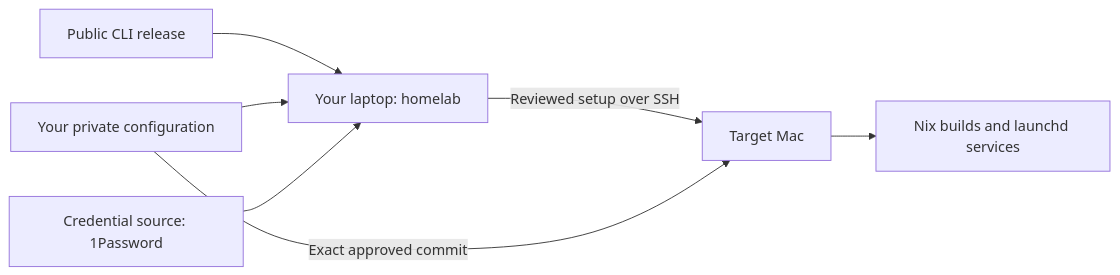
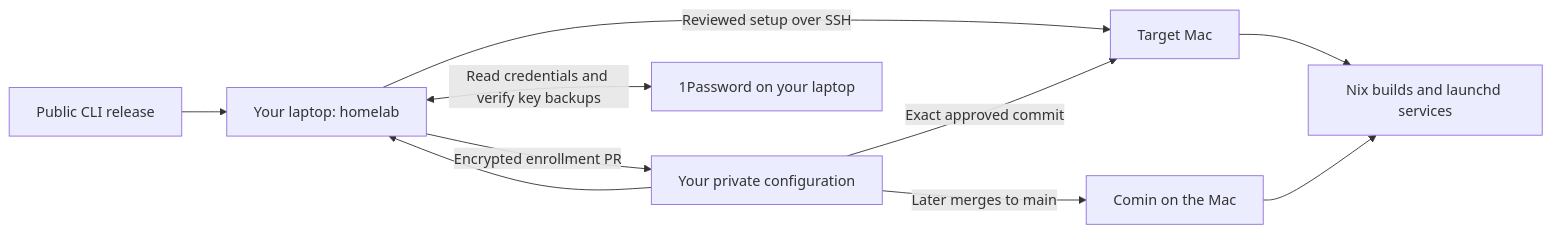
The diagram in README.md (0x63616c/world-wide-webb), drawn with Mermaid before and after one commit. The commit also changed other lines of this file, not shown here.

Commit message:
Explain enrollment approval and Git handover in the quick start

````diff
--- a/README.md
+++ b/README.md
@@ -30,9 +35,12 @@
 ```mermaid
 flowchart LR
   Release[Public CLI release] --> Client[Your laptop: homelab]
   Repo[Your private configuration] --> Client
-  Vault[Credential source: 1Password] --> Client
+  Client <-->|Read credentials and verify key backups| Vault[1Password on your laptop]
+  Client -->|Encrypted enrollment PR| Repo
   Client -->|Reviewed setup over SSH| Mac[Target Mac]
   Repo -->|Exact approved commit| Mac
   Mac --> Nix[Nix builds and launchd services]
+  Repo -->|Later merges to main| Updates[Comin on the Mac]
+  Updates --> Nix
 ```
````
